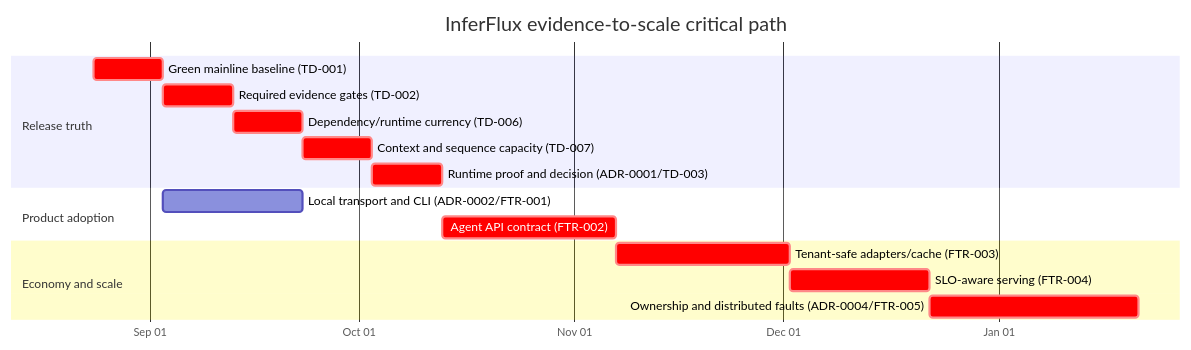
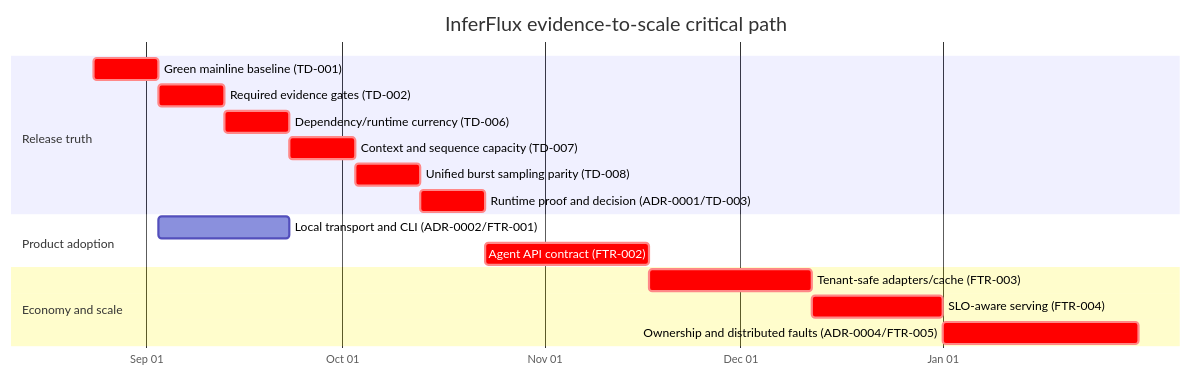
The second of 2 diagrams in docs/Roadmap.md (anvai-labs/inferflux), drawn with Mermaid before and after one commit. The commit also changed other lines of this file and 16 other files, not shown here.

````diff
--- a/docs/Roadmap.md
+++ b/docs/Roadmap.md
@@ -56,19 +58,20 @@
 ```mermaid
 gantt
   title InferFlux evidence-to-scale critical path
   dateFormat YYYY-MM-DD
   axisFormat %b %d
   section Release truth
   Green mainline baseline (TD-001)       :crit, t1, 2026-08-24, 10d
   Required evidence gates (TD-002)       :crit, t2, after t1, 10d
   Dependency/runtime currency (TD-006)   :crit, t6, after t2, 10d
   Context and sequence capacity (TD-007) :crit, t7, after t6, 10d
-  Runtime proof and decision (ADR-0001/TD-003) :crit, t3, after t7, 10d
+  Unified burst sampling parity (TD-008) :crit, t8, after t7, 10d
+  Runtime proof and decision (ADR-0001/TD-003) :crit, t3, after t8, 10d
   section Product adoption
   Local transport and CLI (ADR-0002/FTR-001)   :p1, after t1, 20d
   Agent API contract (FTR-002)                 :crit, p2, after t3, 25d
   section Economy and scale
   Tenant-safe adapters/cache (FTR-003)         :crit, p3, after p2, 25d
   SLO-aware serving (FTR-004)                  :crit, p4, after p3, 20d
   Ownership and distributed faults (ADR-0004/FTR-005) :crit, p5, after p4, 30d
 ```
````
